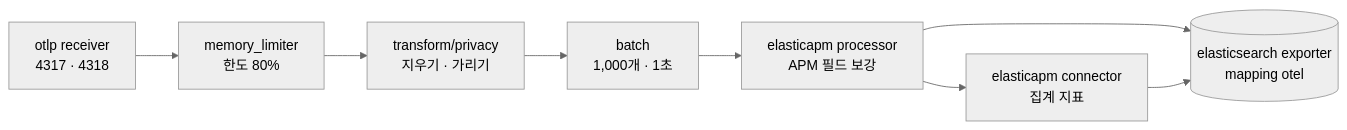
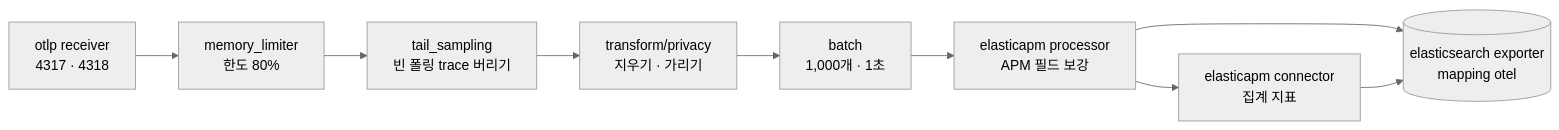
Before and after one commit to soma-lorekeeper/docs: the third of 4 diagrams in APM_ARCHITECTURE.md, drawn with Mermaid (neutral theme). The commit also changed other lines of this file and 3 other files, not shown here.

````diff
--- a/APM_ARCHITECTURE.md
+++ b/APM_ARCHITECTURE.md
@@ -98,6 +98,6 @@
 ```mermaid
 flowchart LR
-  R["otlp receiver<br/>4317 · 4318"] --> M["memory_limiter<br/>한도 80%"] --> T["transform/privacy<br/>지우기 · 가리기"] --> BT["batch<br/>1,000개 · 1초"] --> P["elasticapm processor<br/>APM 필드 보강"]
+  R["otlp receiver<br/>4317 · 4318"] --> M["memory_limiter<br/>한도 80%"] --> TS["tail_sampling<br/>빈 폴링 trace 버리기"] --> T["transform/privacy<br/>지우기 · 가리기"] --> BT["batch<br/>1,000개 · 1초"] --> P["elasticapm processor<br/>APM 필드 보강"]
   P --> E[("elasticsearch exporter<br/>mapping otel")]
   P --> C["elasticapm connector<br/>집계 지표"] --> E
 ```
````
